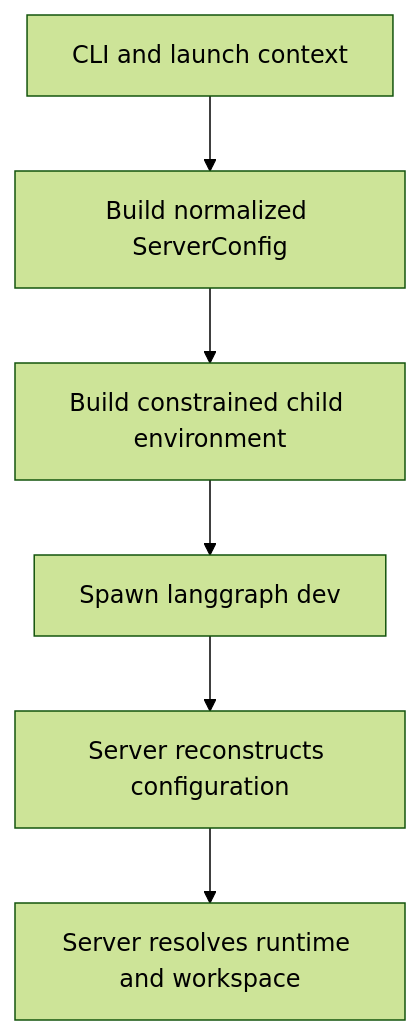
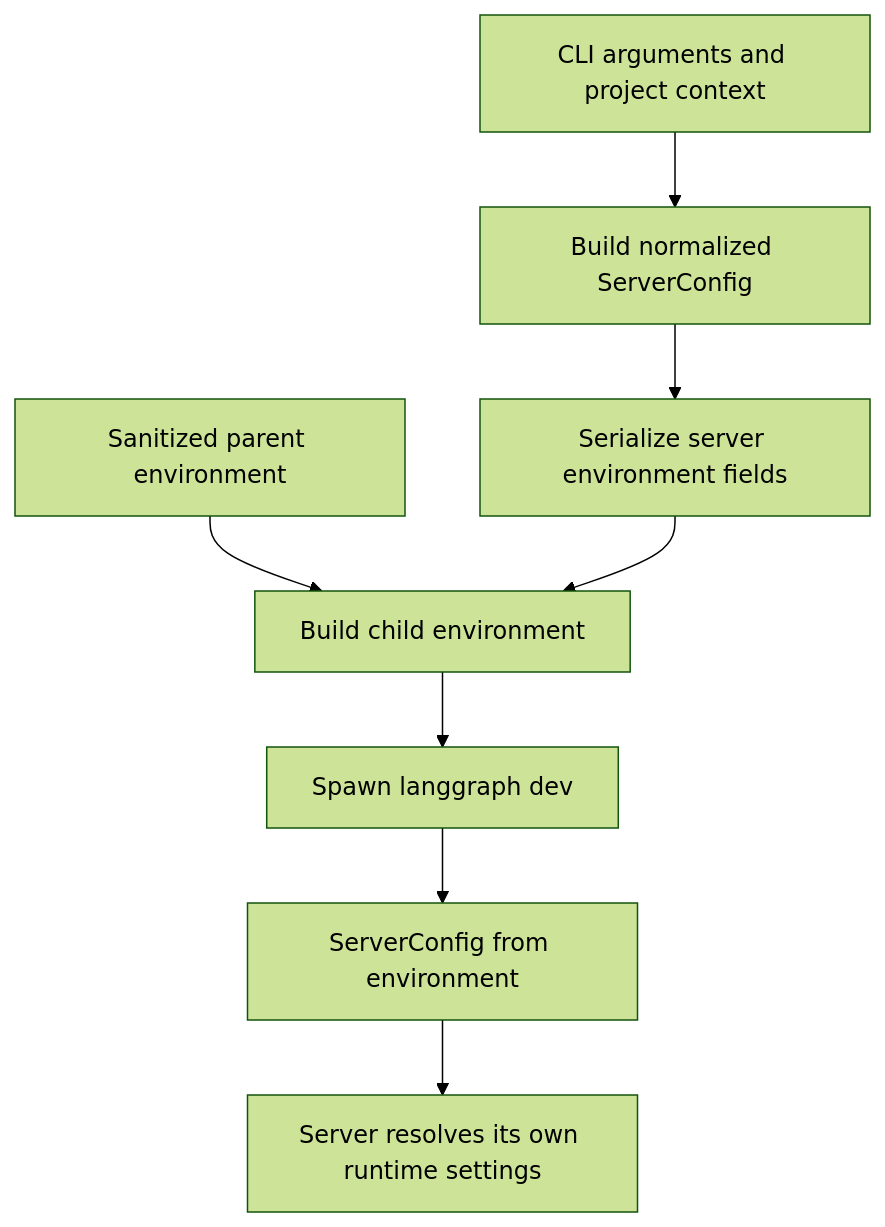
The second of 2 diagrams in openwiki/concepts/config-layering.md (langchain-ai/deepagents), drawn with Mermaid (forest theme) before and after one commit. The commit also changed other lines of this file and 46 other files, not shown here.

````diff
--- a/openwiki/concepts/config-layering.md
+++ b/openwiki/concepts/config-layering.md
@@ -45,8 +96,10 @@
 ```mermaid
 flowchart TD
-    A["CLI and launch context"] --> B["Build normalized ServerConfig"]
-    B --> C["Build constrained child environment"]
-    C --> D["Spawn langgraph dev"]
-    D --> E["Server reconstructs configuration"]
-    E --> F["Server resolves runtime and workspace"]
+    Args["CLI arguments and project context"] --> Config["Build normalized ServerConfig"]
+    Config --> Serialize["Serialize server environment fields"]
+    Parent["Sanitized parent environment"] --> ChildEnv["Build child environment"]
+    Serialize --> ChildEnv
+    ChildEnv --> Spawn["Spawn langgraph dev"]
+    Spawn --> Rebuild["ServerConfig from environment"]
+    Rebuild --> Resolve["Server resolves its own runtime settings"]
 ```
````
